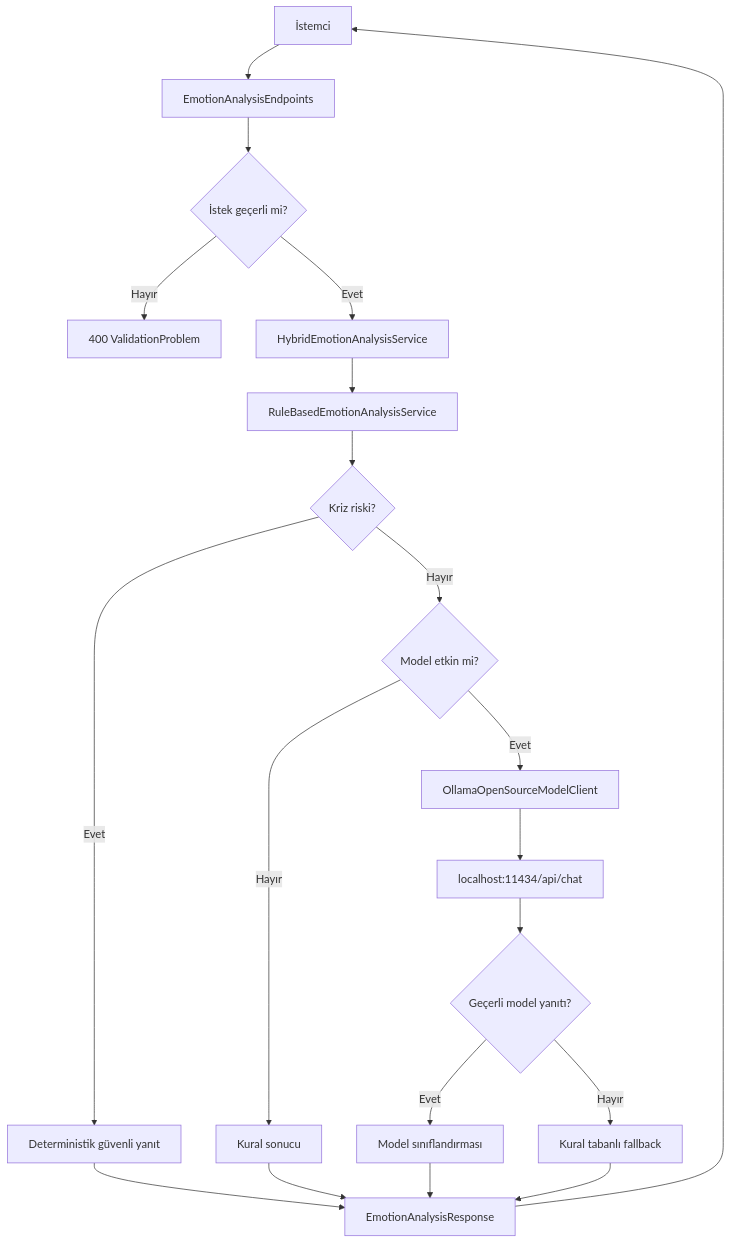
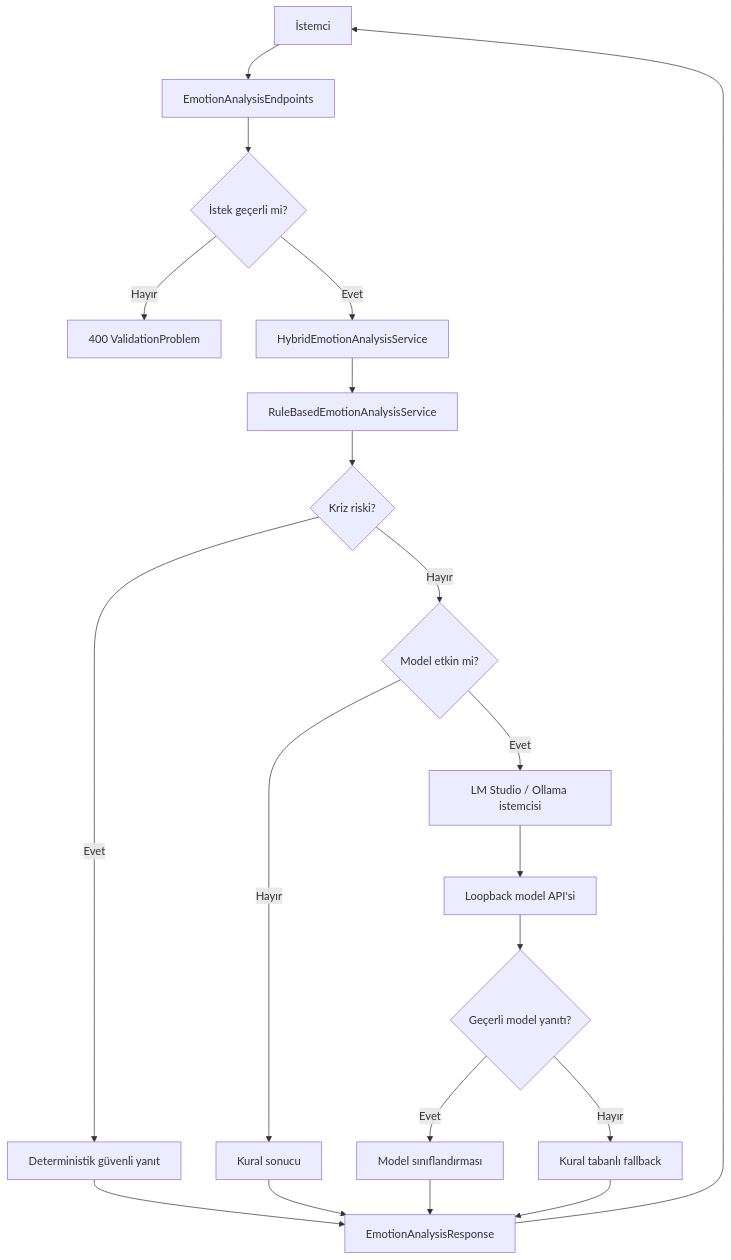
One commit to petrofi/darklove-local-ai-module changed the diagram in docs/technical-report-tr.md. Above: the diagram before and after it, drawn with Mermaid. The commit also changed other lines of this file and 28 other files, not shown here.

Commit message:
Add local model manager and LM Studio support

````diff
--- a/docs/technical-report-tr.md
+++ b/docs/technical-report-tr.md
@@ -146,22 +157,22 @@
 ```mermaid
 flowchart TD
     A["İstemci"] --> B["EmotionAnalysisEndpoints"]
     B --> C{"İstek geçerli mi?"}
     C -- Hayır --> D["400 ValidationProblem"]
     C -- Evet --> E["HybridEmotionAnalysisService"]
     E --> F["RuleBasedEmotionAnalysisService"]
     F --> G{"Kriz riski?"}
     G -- Evet --> H["Deterministik güvenli yanıt"]
     G -- Hayır --> I{"Model etkin mi?"}
     I -- Hayır --> J["Kural sonucu"]
-    I -- Evet --> K["OllamaOpenSourceModelClient"]
-    K --> L["localhost:11434/api/chat"]
+    I -- Evet --> K["LM Studio / Ollama istemcisi"]
+    K --> L["Loopback model API'si"]
     L --> M{"Geçerli model yanıtı?"}
     M -- Evet --> N["Model sınıflandırması"]
     M -- Hayır --> O["Kural tabanlı fallback"]
     H --> P["EmotionAnalysisResponse"]
     J --> P
     N --> P
     O --> P
     P --> A
 ```
````
